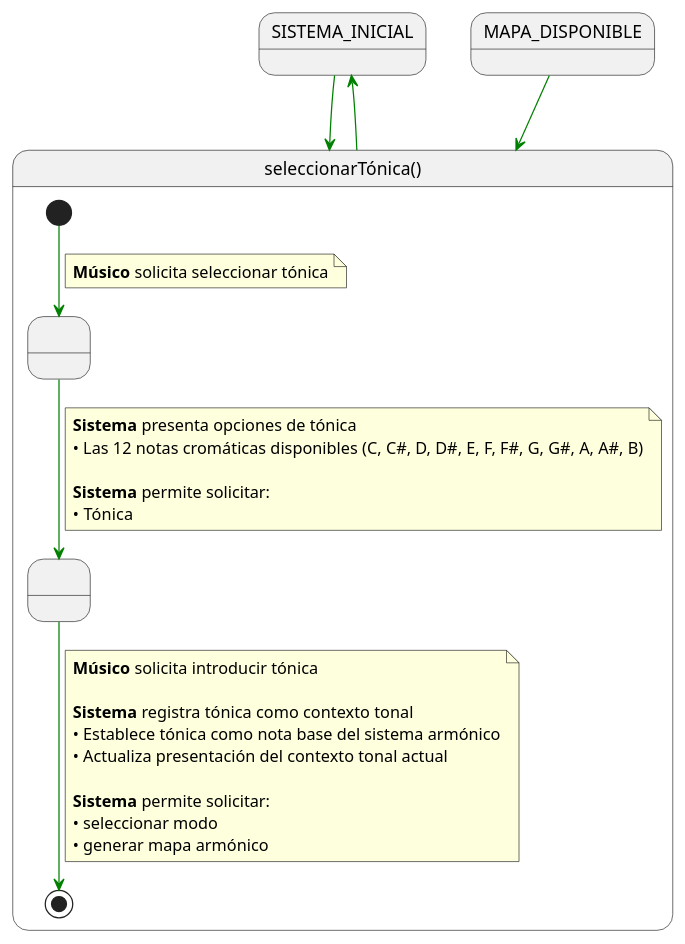
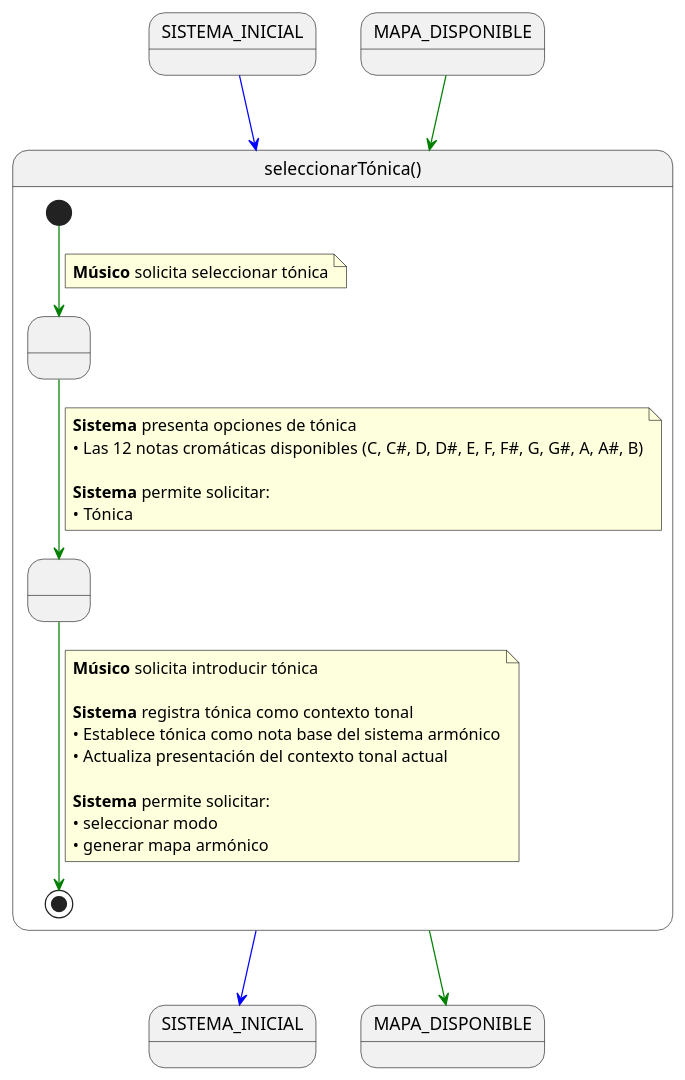
One commit to mmasias/mmasias changed the diagram in music/cQuintas/RUP/00-casos-uso/01-actores-casos-uso/00-detalle/seleccionarTonica/especificacion.puml. Above: the diagram before and after it, drawn with PlantUML. The commit also changed 1 other file, not shown here.

Commit message:
fix: detalle CdU seleccionarTonica()

```diff
--- a/music/cQuintas/RUP/00-casos-uso/01-actores-casos-uso/00-detalle/seleccionarTonica/especificacion.puml
+++ b/music/cQuintas/RUP/00-casos-uso/01-actores-casos-uso/00-detalle/seleccionarTonica/especificacion.puml
@@ -1,44 +1,48 @@
 @startuml seleccionarTonica
 
 skinparam linetype polyline
 
-SISTEMA_INICIAL -[#green]-> seleccionarTonica
+SISTEMA_INICIAL -[#blue]-> seleccionarTonica
 MAPA_DISPONIBLE -[#green]-> seleccionarTonica
 
 state seleccionarTonica as "seleccionarTónica()" {
 
     state " " as PresentandoOpciones
     state " " as TonicaSeleccionada
 
     [*] -[#green]-> PresentandoOpciones
     note on link
     <b>Músico</b> solicita seleccionar tónica
     end note
 
     PresentandoOpciones -[#green]-> TonicaSeleccionada
     note on link
     <b>Sistema</b> presenta opciones de tónica
     • Las 12 notas cromáticas disponibles (C, C#, D, D#, E, F, F#, G, G#, A, A#, B)
 
     <b>Sistema</b> permite solicitar:
     • Tónica
     end note
 
     TonicaSeleccionada -[#green]-> [*]
     note on link
     <b>Músico</b> solicita introducir tónica
 
     <b>Sistema</b> registra tónica como contexto tonal
     • Establece tónica como nota base del sistema armónico
     • Actualiza presentación del contexto tonal actual
 
     <b>Sistema</b> permite solicitar:
     • seleccionar modo
     • generar mapa armónico
     end note
 
 }
 
-seleccionarTonica -[#green]-> SISTEMA_INICIAL
+state SISTEMA_INICIAL_2 as "SISTEMA_INICIAL"
+state MAPA_DISPONIBLE_2 as "MAPA_DISPONIBLE"
+
+seleccionarTonica -[#blue]-> SISTEMA_INICIAL_2
+seleccionarTonica -[#green]-> MAPA_DISPONIBLE_2
 
 @enduml
```
